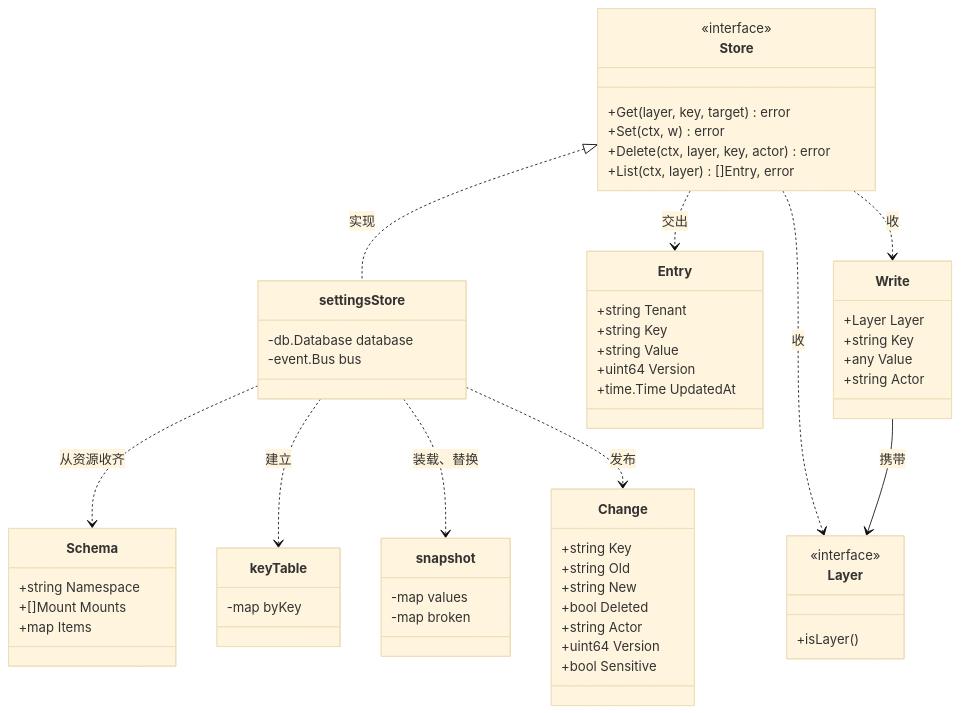
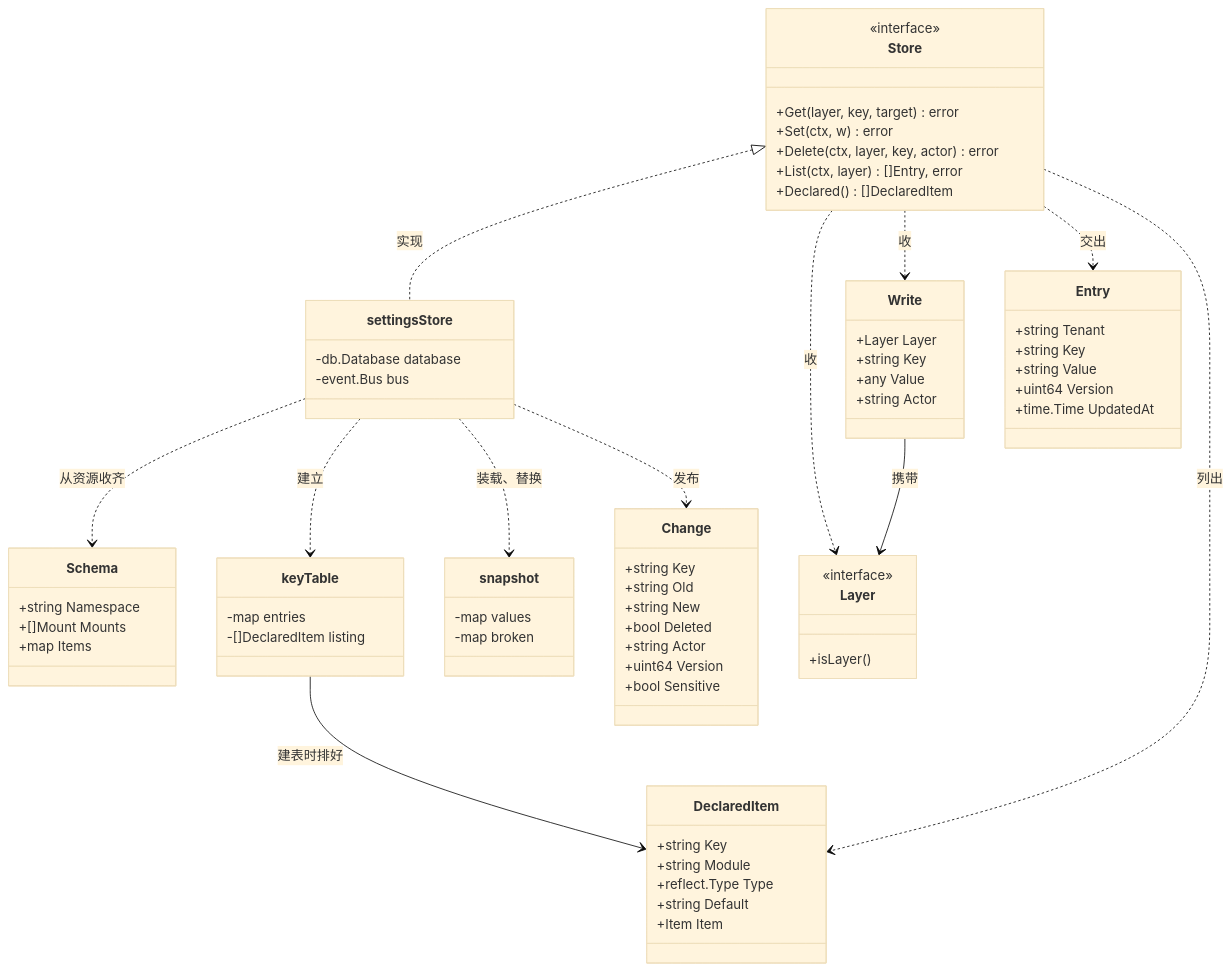
The first of 3 diagrams in docs/design/modules/design-settings.md (wangzw/speed), drawn with Mermaid (base theme) before and after one commit. The commit also changed other lines of this file and 9 other files, not shown here.

````diff
--- a/docs/design/modules/design-settings.md
+++ b/docs/design/modules/design-settings.md
@@ -287,61 +311,72 @@
 ```mermaid
 classDiagram
     class Layer {
         <<interface>>
         +isLayer()
     }
     class Store {
         <<interface>>
         +Get(layer, key, target) error
         +Set(ctx, w) error
         +Delete(ctx, layer, key, actor) error
         +List(ctx, layer) []Entry, error
+        +Declared() []DeclaredItem
+    }
+    class DeclaredItem {
+        +string Key
+        +string Module
+        +reflect.Type Type
+        +string Default
+        +Item Item
     }
     class Schema {
         +string Namespace
         +[]Mount Mounts
         +map Items
     }
     class Write {
         +Layer Layer
         +string Key
         +any Value
         +string Actor
     }
     class Entry {
         +string Tenant
         +string Key
         +string Value
         +uint64 Version
         +time.Time UpdatedAt
     }
     class Change {
         +string Key
         +string Old
         +string New
         +bool Deleted
         +string Actor
         +uint64 Version
         +bool Sensitive
     }
     class keyTable {
-        -map byKey
+        -map entries
+        -[]DeclaredItem listing
     }
     class snapshot {
         -map values
         -map broken
     }
     class settingsStore {
         -db.Database database
         -event.Bus bus
     }
     Store <|.. settingsStore : 实现
     settingsStore ..> Schema : 从资源收齐
     settingsStore ..> keyTable : 建立
     settingsStore ..> snapshot : 装载、替换
     Store ..> Layer : 收
     Write --> Layer : 携带
     Store ..> Write : 收
     Store ..> Entry : 交出
+    Store ..> DeclaredItem : 列出
+    keyTable --> DeclaredItem : 建表时排好
     settingsStore ..> Change : 发布
 ```
````
